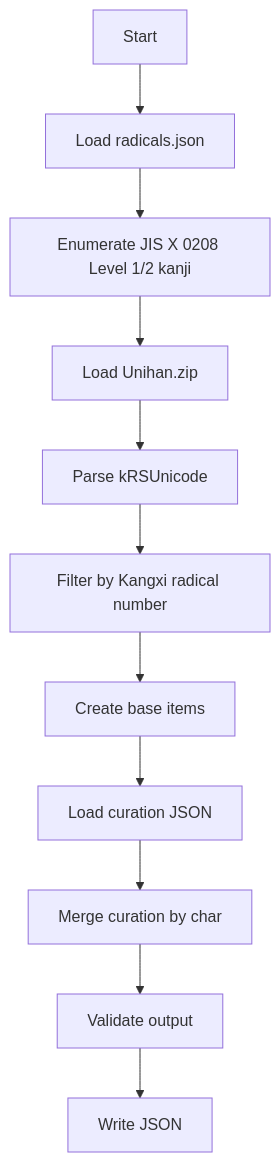
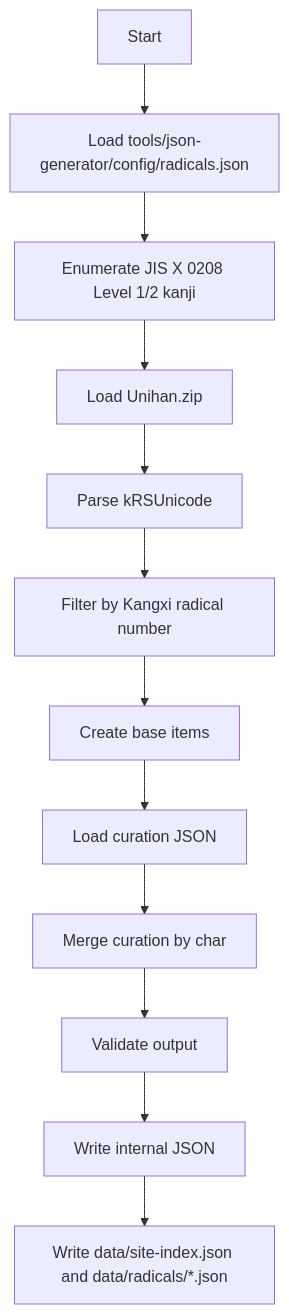
The diagram in docs/radical-kanji-json-tool-design.md (sysCat64/Kanji-Roman), drawn with Mermaid before and after one commit. The commit also changed other lines of this file and 4 other files, not shown here.

````diff
--- a/docs/radical-kanji-json-tool-design.md
+++ b/docs/radical-kanji-json-tool-design.md
@@ -353,13 +328,14 @@
 ```mermaid
 flowchart TD
-  A["Start"] --> B["Load radicals.json"]
+  A["Start"] --> B["Load tools/json-generator/config/radicals.json"]
   B --> C["Enumerate JIS X 0208 Level 1/2 kanji"]
   C --> D["Load Unihan.zip"]
   D --> E["Parse kRSUnicode"]
   E --> F["Filter by Kangxi radical number"]
   F --> G["Create base items"]
   G --> H["Load curation JSON"]
   H --> I["Merge curation by char"]
   I --> J["Validate output"]
-  J --> K["Write JSON"]
+  J --> K["Write internal JSON"]
+  K --> L["Write data/site-index.json and data/radicals/*.json"]
 ```
````
